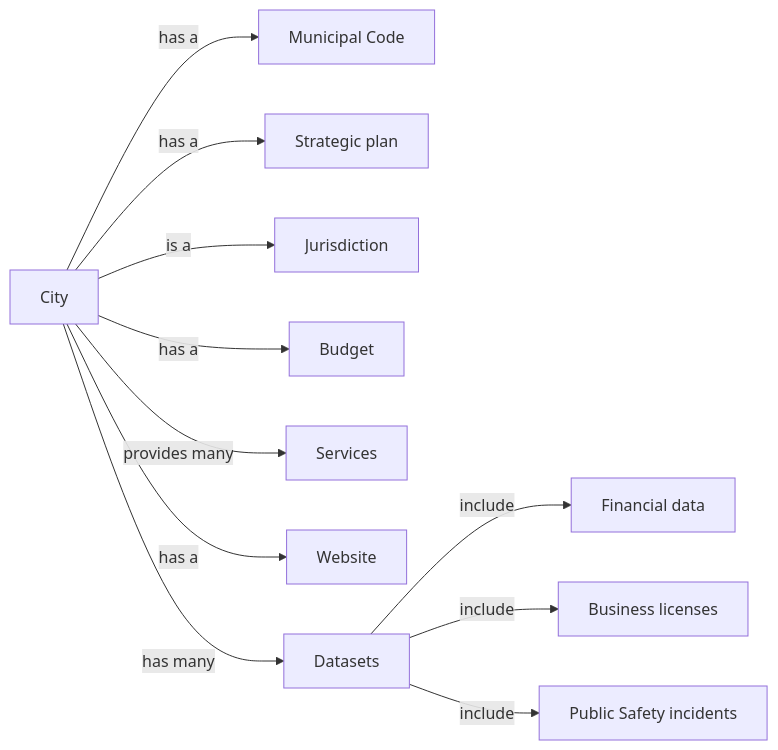
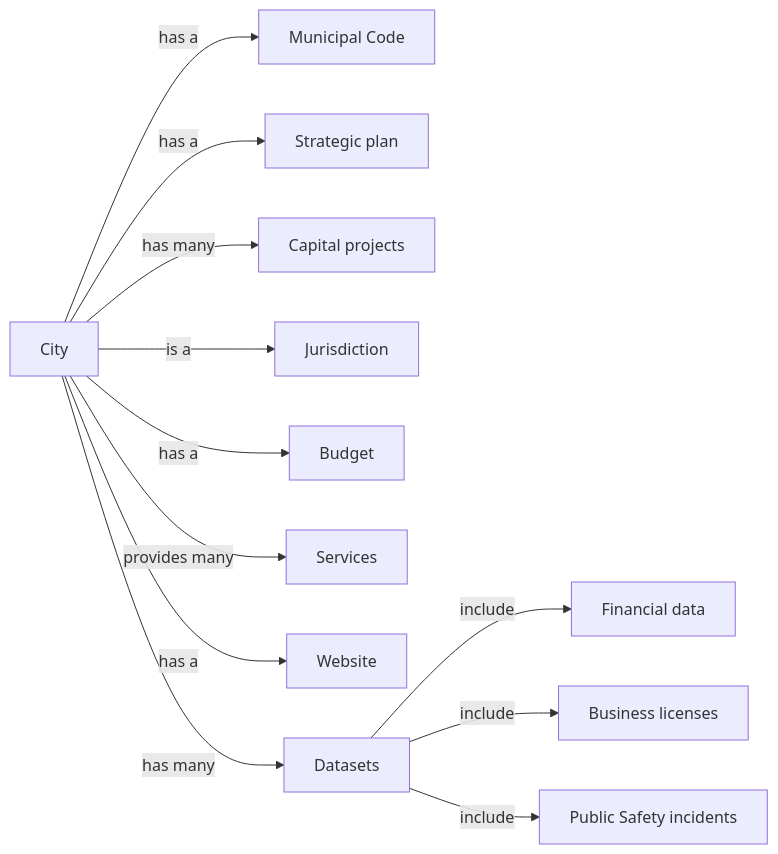
The diagram in docs/city-ontology.md (afomi/civiclinks), drawn with Mermaid before and after one commit.

Commit message:
add capital projects

````diff
--- a/docs/city-ontology.md
+++ b/docs/city-ontology.md
@@ -3,23 +3,26 @@
 ```mermaid
 
 graph LR
 
   MC[Municipal Code]
   SP[Strategic plan]
   FD[Financial data]
   BL[Business licenses]
+  CP[Capital projects]
   PSI[Public Safety incidents]
 
   City --> |is a | Jurisdiction
   City --> |has a | Budget
   City --> |has a | SP
   City --> | provides many | Services
   City --> | has a | MC
   City --> | has a | Website
   City --> | has many | Datasets
+  City --> | has many | CP
+
 
   Datasets --> |include| FD
   Datasets --> |include| BL
   Datasets --> |include| PSI
 
 ```
````
